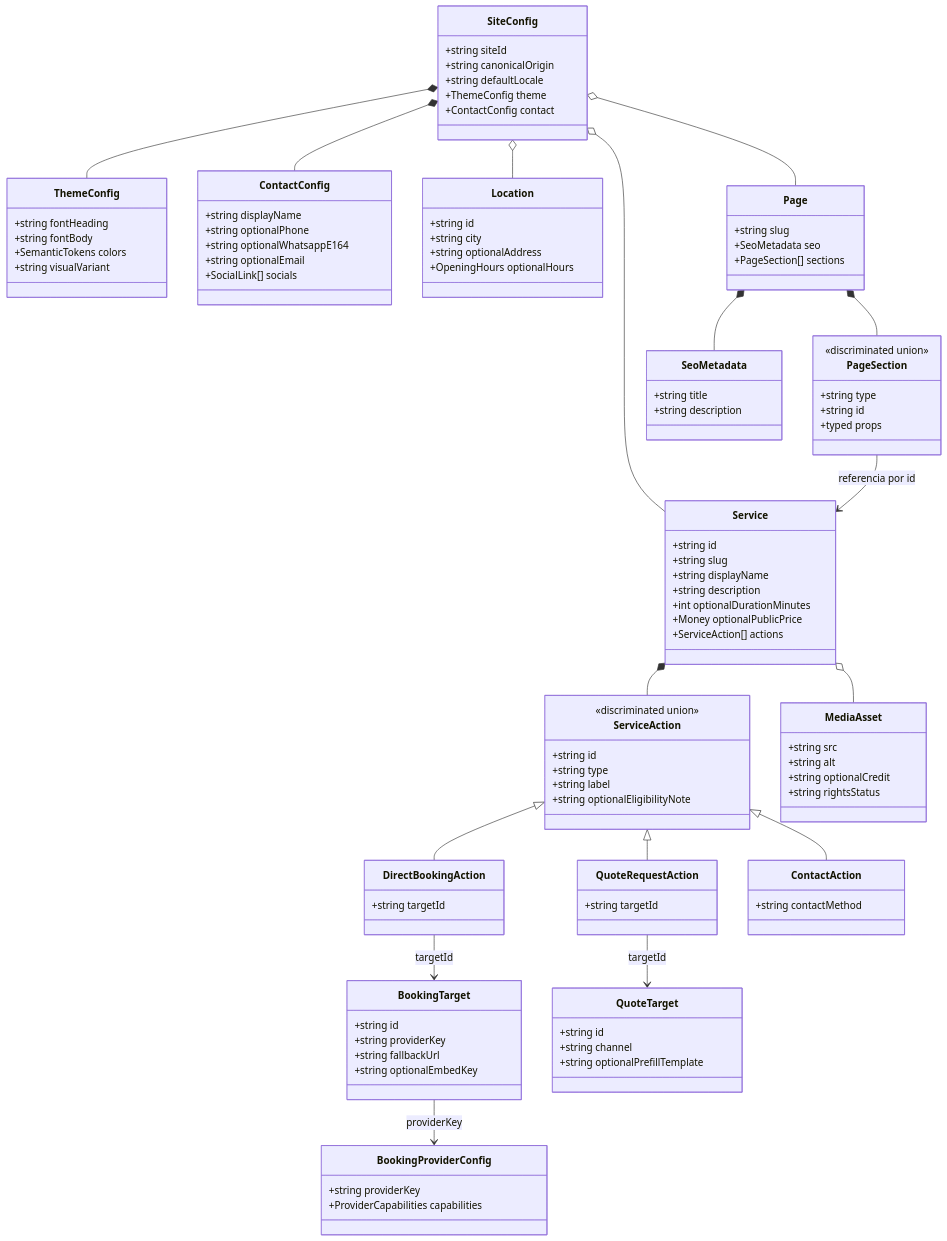
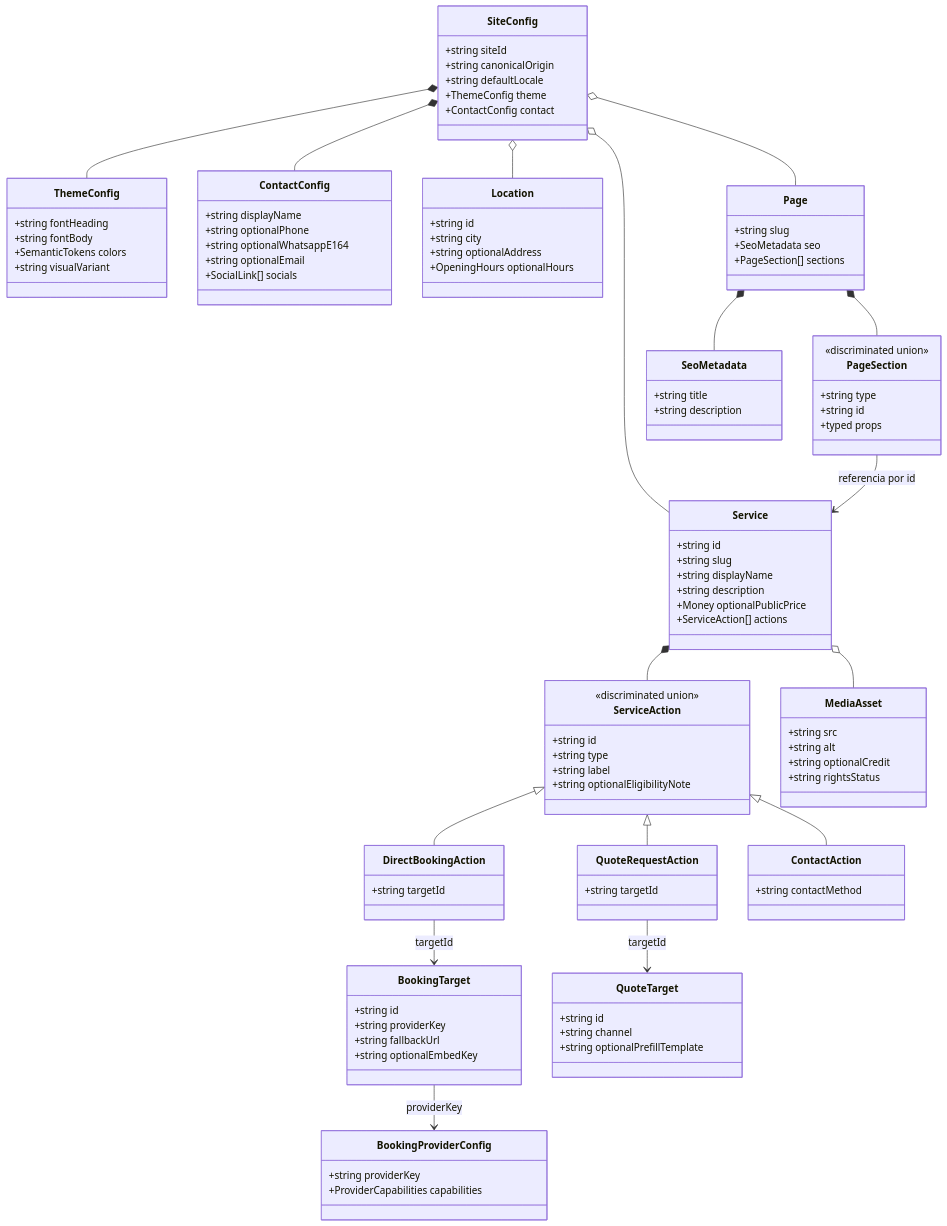
One commit to Gonzalo-Linares/Littzite changed the first of 2 diagrams in docs/03-domain-model.md. Above: the diagram before and after it, drawn with Mermaid. The commit also changed other lines of this file and 13 other files, not shown here.

```diff
--- a/docs/03-domain-model.md
+++ b/docs/03-domain-model.md
@@ -66,7 +66,6 @@
     +string slug
     +string displayName
     +string description
-    +int optionalDurationMinutes
     +Money optionalPublicPrice
     +ServiceAction[] actions
   }
```
